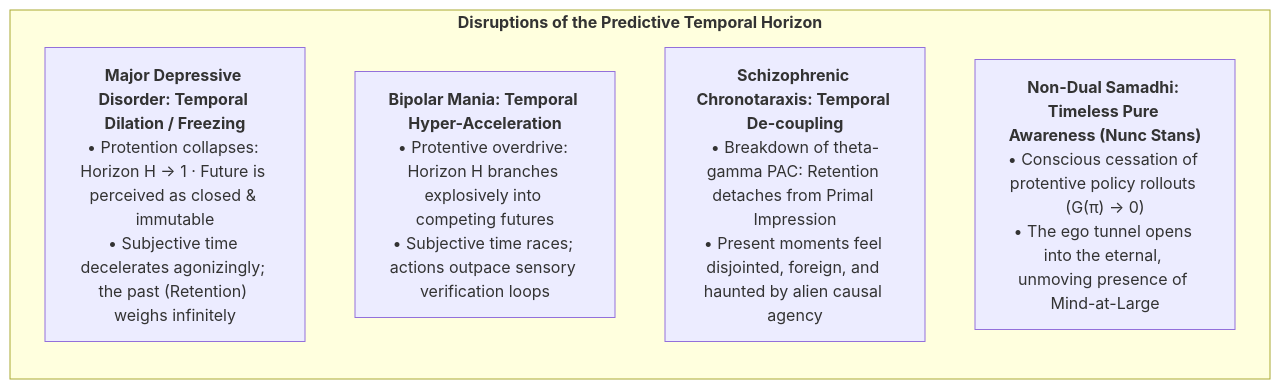
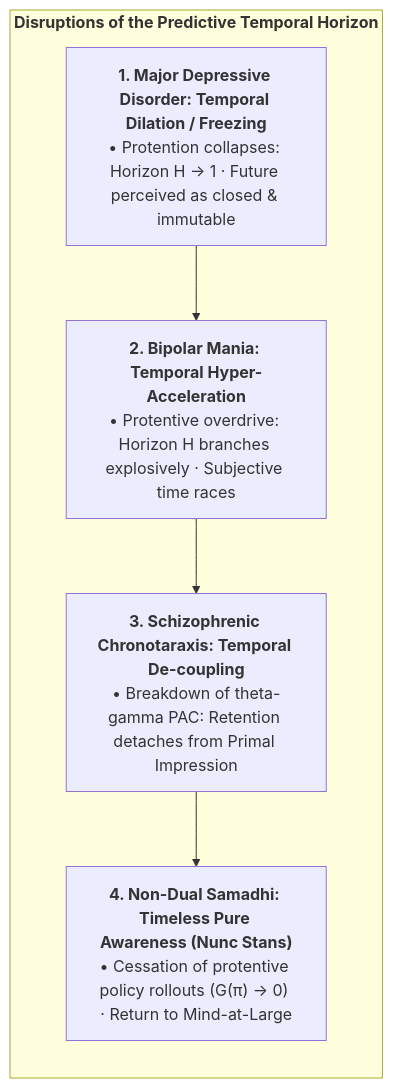
One commit to Thriebl/active-inference-phi-network changed the fifth of 6 diagrams in book/manuscript_en/06_temporal_mechanics_of_consciousness_and_specious_present.md. Above: the diagram before and after it, drawn with Mermaid. The commit also changed other lines of this file and 16 other files, not shown here.

Commit message:
Enhance English monograph: standardize chart sizing, number figures/statements/tables, add lists before App E, link open-source repo

````diff
--- a/book/manuscript_en/06_temporal_mechanics_of_consciousness_and_specious_present.md
+++ b/book/manuscript_en/06_temporal_mechanics_of_consciousness_and_specious_present.md
@@ -152,14 +155,16 @@
 ```mermaid
 flowchart TD
     subgraph CHRONOPATHOLOGY["<b>Disruptions of the Predictive Temporal Horizon</b>"]
         direction TB
         
-        C_DEP["<b>Major Depressive Disorder: Temporal Dilation / Freezing</b><br>• Protention collapses: Horizon H → 1 · Future is perceived as closed & immutable<br>• Subjective time decelerates agonizingly; the past (Retention) weighs infinitely"]
+        C_DEP["<b>1. Major Depressive Disorder: Temporal Dilation / Freezing</b><br>• Protention collapses: Horizon H → 1 · Future perceived as closed & immutable"]
         
-        C_MAN["<b>Bipolar Mania: Temporal Hyper-Acceleration</b><br>• Protentive overdrive: Horizon H branches explosively into competing futures<br>• Subjective time races; actions outpace sensory verification loops"]
+        C_MAN["<b>2. Bipolar Mania: Temporal Hyper-Acceleration</b><br>• Protentive overdrive: Horizon H branches explosively · Subjective time races"]
         
-        C_SCHIZ["<b>Schizophrenic Chronotaraxis: Temporal De-coupling</b><br>• Breakdown of theta-gamma PAC: Retention detaches from Primal Impression<br>• Present moments feel disjointed, foreign, and haunted by alien causal agency"]
+        C_SCHIZ["<b>3. Schizophrenic Chronotaraxis: Temporal De-coupling</b><br>• Breakdown of theta-gamma PAC: Retention detaches from Primal Impression"]
         
-        C_SAM["<b>Non-Dual Samadhi: Timeless Pure Awareness (Nunc Stans)</b><br>• Conscious cessation of protentive policy rollouts (G(π) → 0)<br>• The ego tunnel opens into the eternal, unmoving presence of Mind-at-Large"]
+        C_SAM["<b>4. Non-Dual Samadhi: Timeless Pure Awareness (Nunc Stans)</b><br>• Cessation of protentive policy rollouts (G(π) → 0) · Return to Mind-at-Large"]
+        
+        C_DEP --> C_MAN --> C_SCHIZ --> C_SAM
     end
 ```
````
